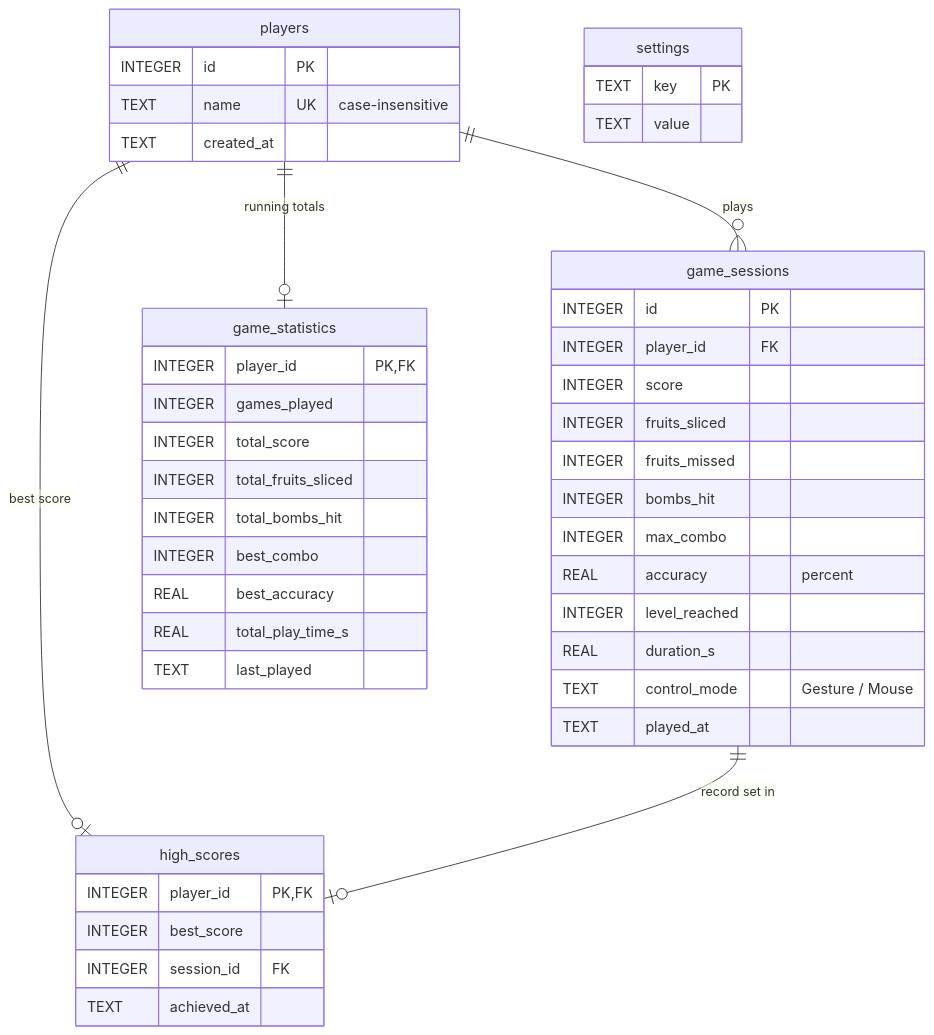
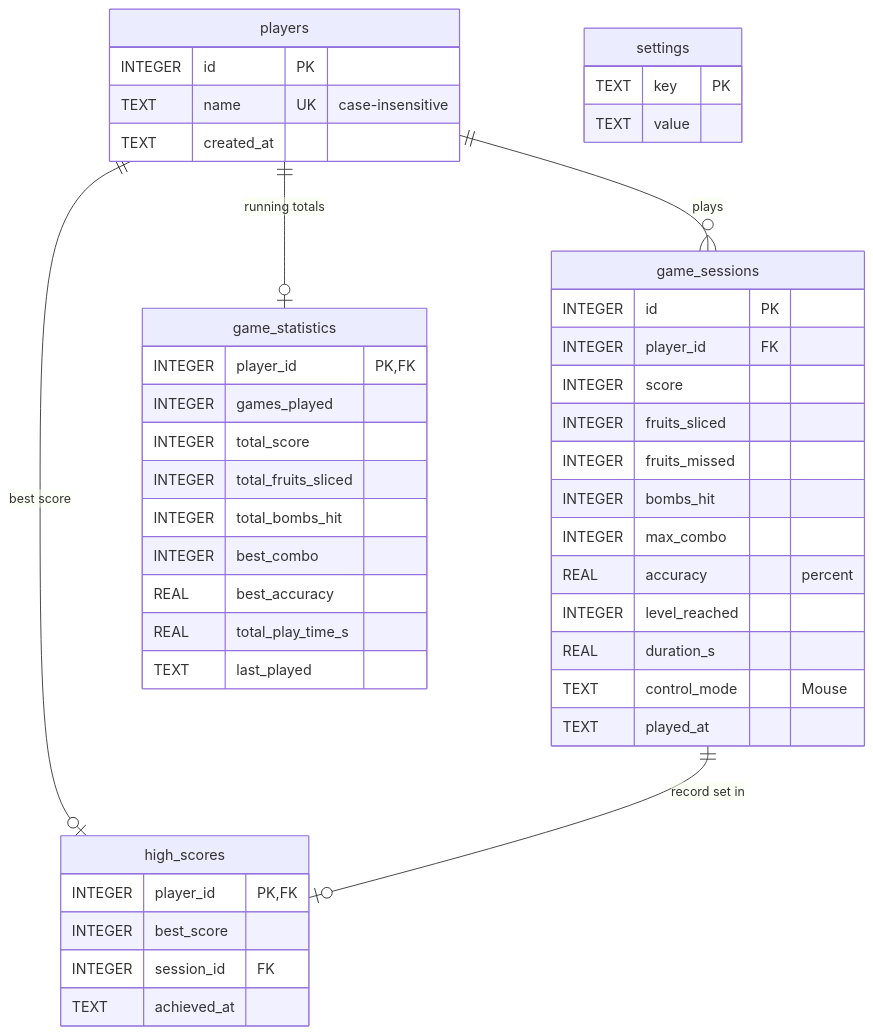
Before and after one commit to s-shriya2288/APP-project: the diagram in docs/DATABASE.md, drawn with Mermaid. The commit also changed other lines of this file and 42 other files, not shown here.

````diff
--- a/docs/DATABASE.md
+++ b/docs/DATABASE.md
@@ -9,48 +9,48 @@
 ```mermaid
 erDiagram
     players ||--o{ game_sessions : plays
     players ||--o| high_scores : "best score"
     players ||--o| game_statistics : "running totals"
     game_sessions ||--o| high_scores : "record set in"
 
     players {
         INTEGER id PK
         TEXT name UK "case-insensitive"
         TEXT created_at
     }
     game_sessions {
         INTEGER id PK
         INTEGER player_id FK
         INTEGER score
         INTEGER fruits_sliced
         INTEGER fruits_missed
         INTEGER bombs_hit
         INTEGER max_combo
         REAL accuracy "percent"
         INTEGER level_reached
         REAL duration_s
-        TEXT control_mode "Gesture / Mouse"
+        TEXT control_mode "Mouse"
         TEXT played_at
     }
     high_scores {
         INTEGER player_id PK,FK
         INTEGER best_score
         INTEGER session_id FK
         TEXT achieved_at
     }
     game_statistics {
         INTEGER player_id PK,FK
         INTEGER games_played
         INTEGER total_score
         INTEGER total_fruits_sliced
         INTEGER total_bombs_hit
         INTEGER best_combo
         REAL best_accuracy
         REAL total_play_time_s
         TEXT last_played
     }
     settings {
         TEXT key PK
         TEXT value
     }
 ```
````
